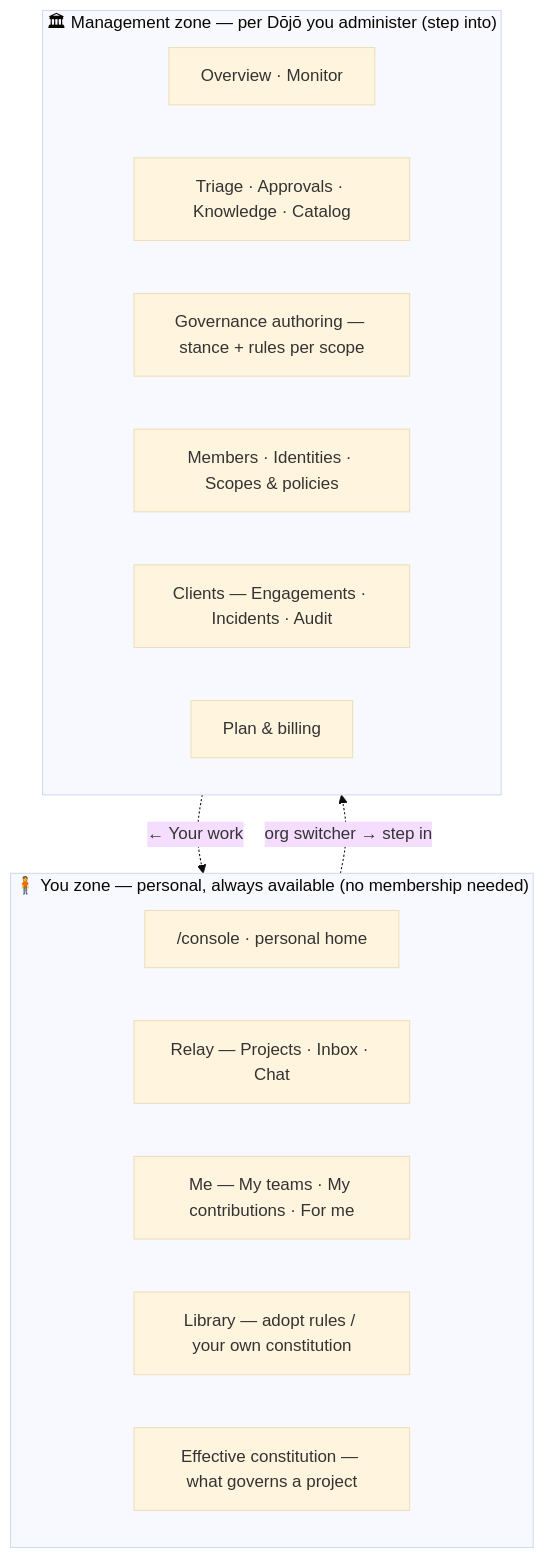
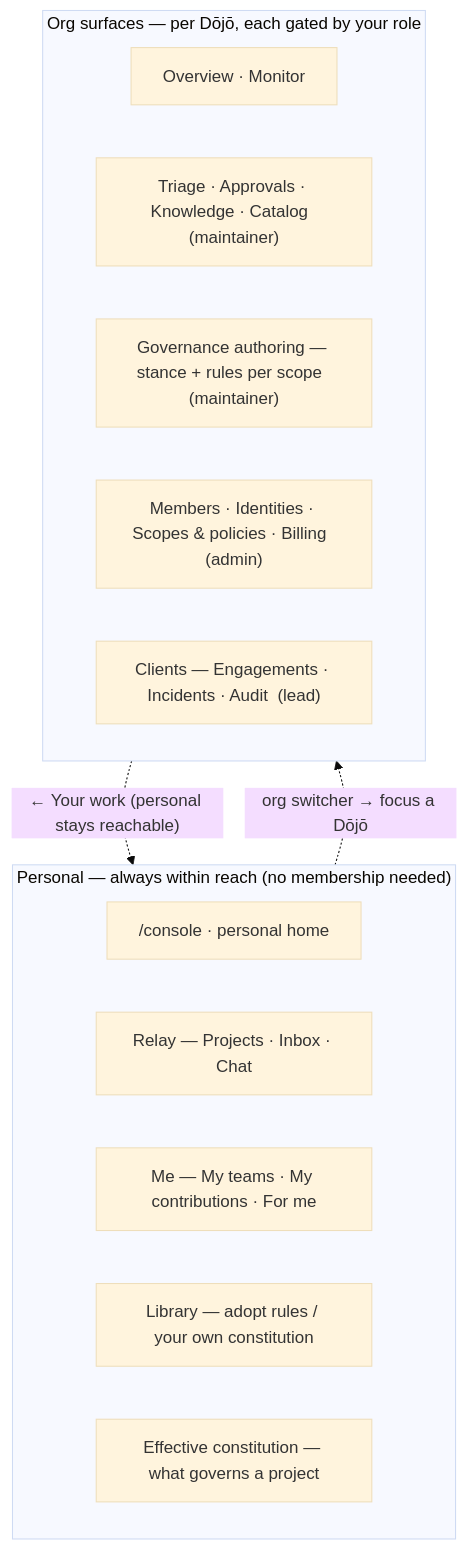
The second of 5 diagrams in docs/features/dojo/sitemap.md (sensei-hq/sensei), drawn with Mermaid (base theme) before and after one commit. The commit also changed other lines of this file, not shown here.

First line of the commit message:
docs(features): dojo sitemap — role-scoped org surfaces + cross-org governance

````diff
--- a/docs/features/dojo/sitemap.md
+++ b/docs/features/dojo/sitemap.md
@@ -42,20 +45,19 @@
 ```mermaid
 flowchart TD
-  subgraph YOU["🧍 You zone — personal, always available (no membership needed)"]
+  subgraph YOU["Personal — always within reach (no membership needed)"]
     Y0["/console · personal home"]
     Y1["Relay — Projects · Inbox · Chat"]
     Y2["Me — My teams · My contributions · For me"]
     Y3["Library — adopt rules / your own constitution"]
     Y4["Effective constitution — what governs a project"]
   end
-  subgraph DOJO["🏛 Management zone — per Dōjō you administer (step into)"]
+  subgraph DOJO["Org surfaces — per Dōjō, each gated by your role"]
     D0["Overview · Monitor"]
-    D1["Triage · Approvals · Knowledge · Catalog"]
-    D2["Governance authoring — stance + rules per scope"]
-    D3["Members · Identities · Scopes & policies"]
-    D4["Clients — Engagements · Incidents · Audit"]
-    D5["Plan & billing"]
+    D1["Triage · Approvals · Knowledge · Catalog  (maintainer)"]
+    D2["Governance authoring — stance + rules per scope  (maintainer)"]
+    D3["Members · Identities · Scopes & policies · Billing  (admin)"]
+    D4["Clients — Engagements · Incidents · Audit  (lead)"]
   end
-  YOU -. "org switcher → step in" .-> DOJO
-  DOJO -. "← Your work" .-> YOU
+  YOU -. "org switcher → focus a Dōjō" .-> DOJO
+  DOJO -. "← Your work (personal stays reachable)" .-> YOU
 ```
````
